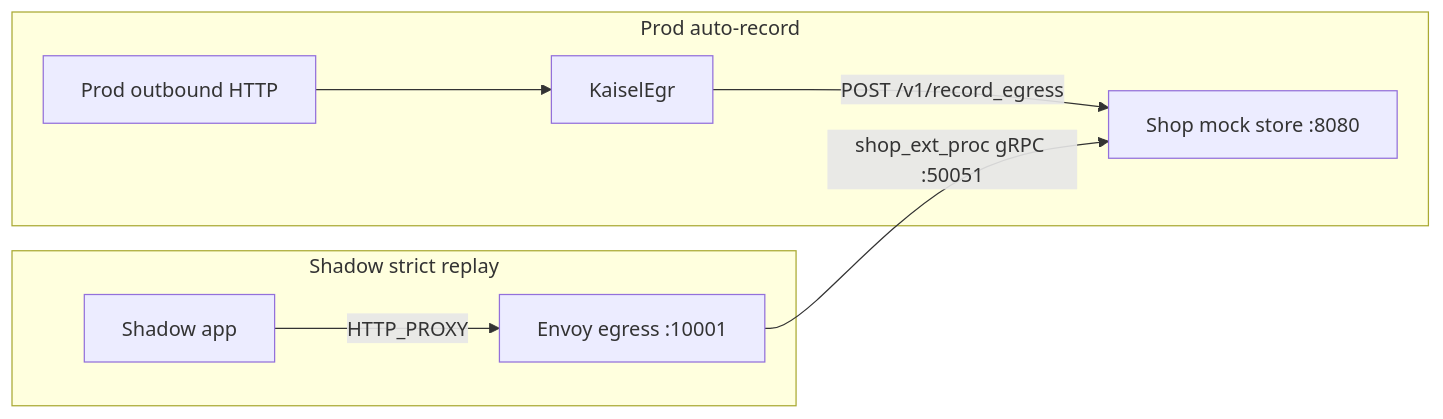
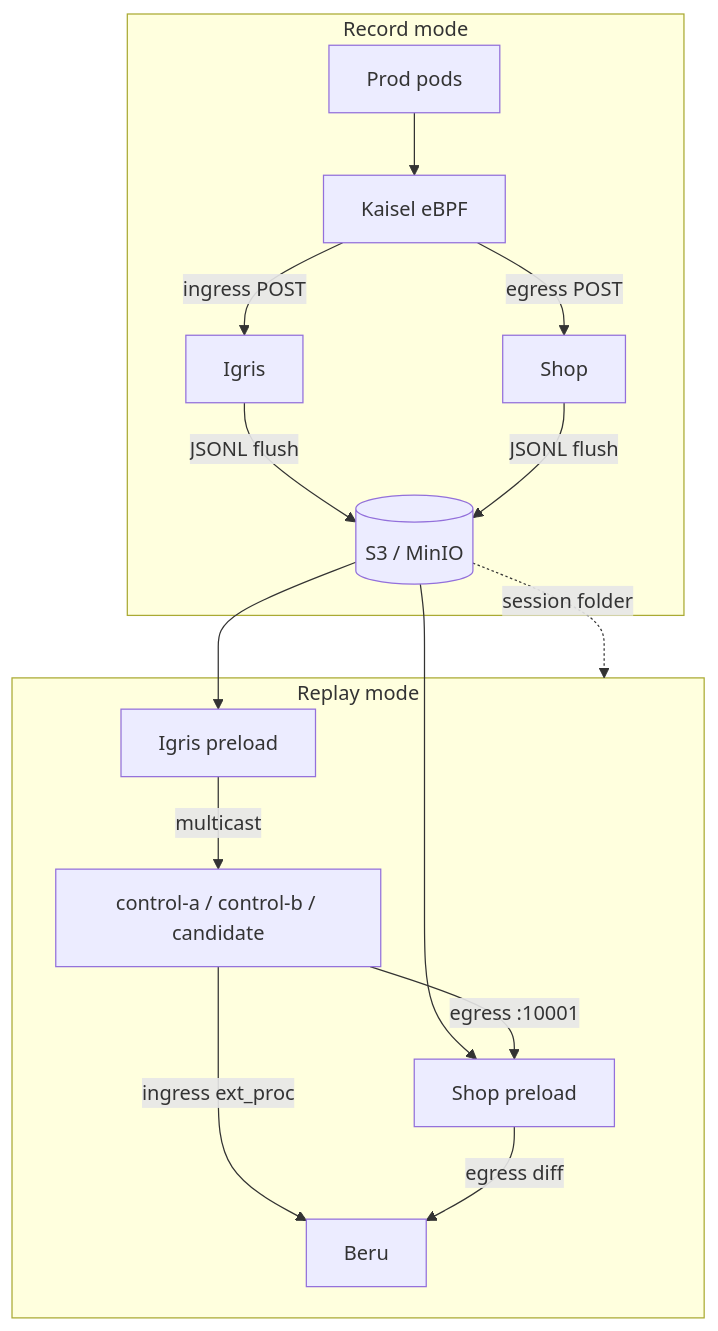
Before and after one commit to nederrgo/shadow-diff: the first of 2 diagrams in docs/architecture/ARCHITECTURE.md, drawn with Mermaid. The commit also changed other lines of this file and 18 other files, not shown here.

````diff
--- a/docs/architecture/ARCHITECTURE.md
+++ b/docs/architecture/ARCHITECTURE.md
@@ -312,15 +40,21 @@
 ```mermaid
-flowchart LR
-  subgraph record [Prod auto-record]
-    ProdOut[Prod outbound HTTP]
-    ShopStore[Shop mock store :8080]
-    ProdOut --> KaiselEgr
-    KaiselEgr -->|POST /v1/record_egress| ShopStore
+flowchart TB
+  subgraph recordMode [Record mode]
+    ProdR[Prod pods] --> KaiselR[Kaisel eBPF]
+    KaiselR -->|ingress POST| IgrisR[Igris]
+    KaiselR -->|egress POST| ShopR[Shop]
+    IgrisR -->|JSONL flush| S3[(S3 / MinIO)]
+    ShopR -->|JSONL flush| S3
   end
-  subgraph replay [Shadow strict replay]
-    ShadowApp[Shadow app]
-    EgrEnv[Envoy egress :10001]
-    ShadowApp -->|HTTP_PROXY| EgrEnv
-    EgrEnv -->|shop_ext_proc gRPC :50051| ShopStore
+
+  subgraph replayMode [Replay mode]
+    S3 --> ShopP[Shop preload]
+    S3 --> IgrisP[Igris preload]
+    IgrisP -->|multicast| ABC[control-a / control-b / candidate]
+    ABC -->|egress :10001| ShopP
+    ABC -->|ingress ext_proc| Beru[Beru]
+    ShopP -->|egress diff| Beru
   end
+
+  S3 -.->|session folder| replayMode
 ```
````
